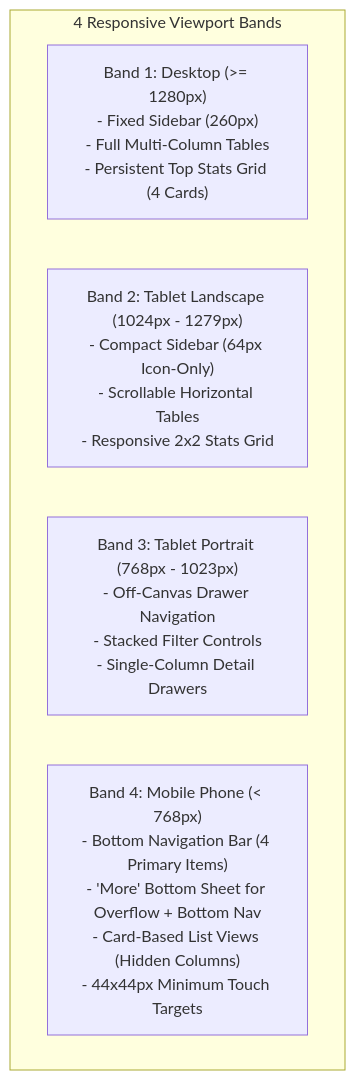
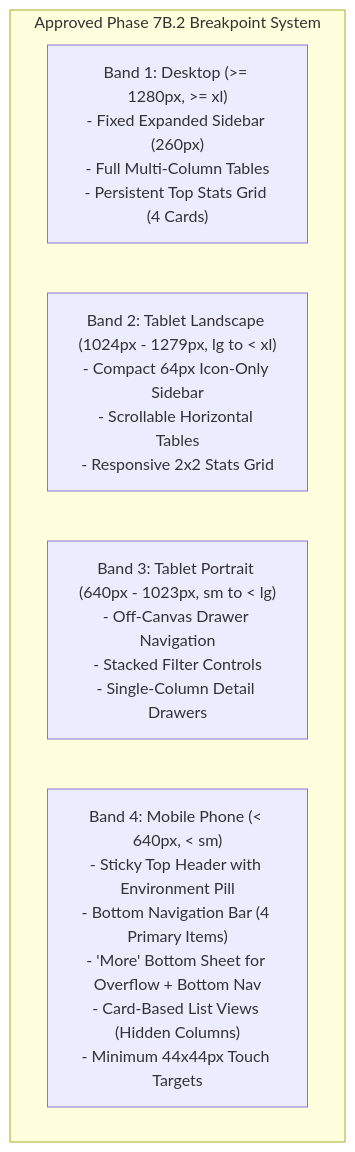
The diagram in docs/ui-reset/phase-7c/07_RESPONSIVE_AND_ACCESSIBILITY_SPECIFICATION.md (Nikhil-ig/OrbitoX-Platform), drawn with Mermaid before and after one commit. The commit also changed other lines of this file and 9 other files, not shown here.

````diff
--- a/docs/ui-reset/phase-7c/07_RESPONSIVE_AND_ACCESSIBILITY_SPECIFICATION.md
+++ b/docs/ui-reset/phase-7c/07_RESPONSIVE_AND_ACCESSIBILITY_SPECIFICATION.md
@@ -15,9 +15,9 @@
 ```mermaid
 graph TD
-    subgraph ViewportBands ["4 Responsive Viewport Bands"]
-        DESK["Band 1: Desktop (>= 1280px)\n- Fixed Sidebar (260px)\n- Full Multi-Column Tables\n- Persistent Top Stats Grid (4 Cards)"]
-        TAB_L["Band 2: Tablet Landscape (1024px - 1279px)\n- Compact Sidebar (64px Icon-Only)\n- Scrollable Horizontal Tables\n- Responsive 2x2 Stats Grid"]
-        TAB_P["Band 3: Tablet Portrait (768px - 1023px)\n- Off-Canvas Drawer Navigation\n- Stacked Filter Controls\n- Single-Column Detail Drawers"]
-        PHONE["Band 4: Mobile Phone (< 768px)\n- Bottom Navigation Bar (4 Primary Items)\n- 'More' Bottom Sheet for Overflow + Bottom Nav\n- Card-Based List Views (Hidden Columns)\n- 44x44px Minimum Touch Targets"]
+    subgraph ViewportBands ["Approved Phase 7B.2 Breakpoint System"]
+        DESK["Band 1: Desktop (>= 1280px, >= xl)\n- Fixed Expanded Sidebar (260px)\n- Full Multi-Column Tables\n- Persistent Top Stats Grid (4 Cards)"]
+        TAB_L["Band 2: Tablet Landscape (1024px - 1279px, lg to < xl)\n- Compact 64px Icon-Only Sidebar\n- Scrollable Horizontal Tables\n- Responsive 2x2 Stats Grid"]
+        TAB_P["Band 3: Tablet Portrait (640px - 1023px, sm to < lg)\n- Off-Canvas Drawer Navigation\n- Stacked Filter Controls\n- Single-Column Detail Drawers"]
+        PHONE["Band 4: Mobile Phone (< 640px, < sm)\n- Sticky Top Header with Environment Pill\n- Bottom Navigation Bar (4 Primary Items)\n- 'More' Bottom Sheet for Overflow + Bottom Nav\n- Card-Based List Views (Hidden Columns)\n- Minimum 44x44px Touch Targets"]
     end
 ```
````
